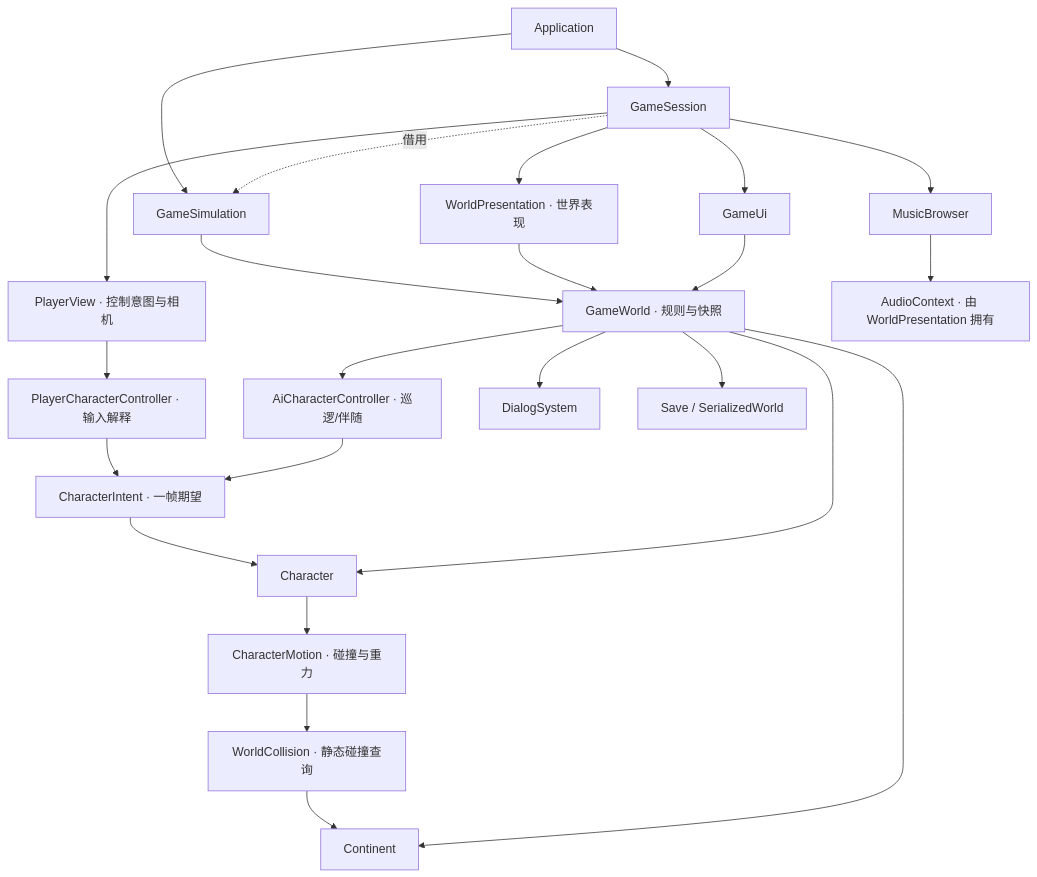
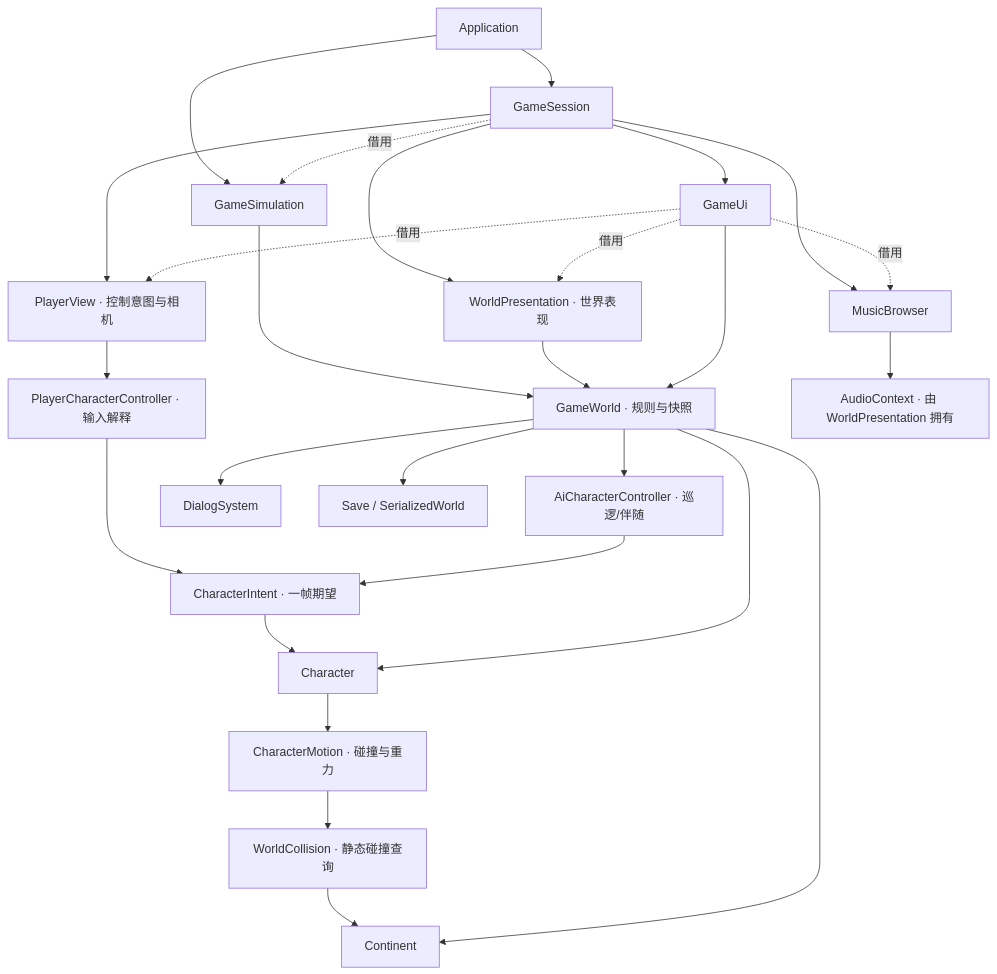
One commit to ShelpAm/lc1 changed the second of 3 diagrams in docs/module-dependencies.md. Above: the diagram before and after it, drawn with Mermaid. The commit also changed 60 other files, not shown here.

````diff
--- a/docs/module-dependencies.md
+++ b/docs/module-dependencies.md
@@ -22,26 +22,29 @@
 ```mermaid
 flowchart TD
     app[Application] --> session[GameSession]
     app --> simulation[GameSimulation]
     session -. 借用 .-> simulation
     simulation --> world["GameWorld · 规则与快照"]
     session --> view["WorldPresentation · 世界表现"]
     session --> player["PlayerView · 控制意图与相机"]
     session --> ui[GameUi]
     session --> music[MusicBrowser]
     view --> world
     ui --> world
+    ui -. 借用 .-> view
+    ui -. 借用 .-> player
+    ui -. 借用 .-> music
     player --> controller["PlayerCharacterController · 输入解释"]
     controller --> intent["CharacterIntent · 一帧期望"]
     ai["AiCharacterController · 巡逻/伴随"] --> intent
     intent --> character[Character]
     world --> ai
     world --> character
     character --> motion["CharacterMotion · 碰撞与重力"]
     motion --> collision["WorldCollision · 静态碰撞查询"]
     collision --> continent
     world --> continent[Continent]
     world --> dialog[DialogSystem]
     world --> save["Save / SerializedWorld"]
     music --> audio["AudioContext · 由 WorldPresentation 拥有"]
 ```
````
